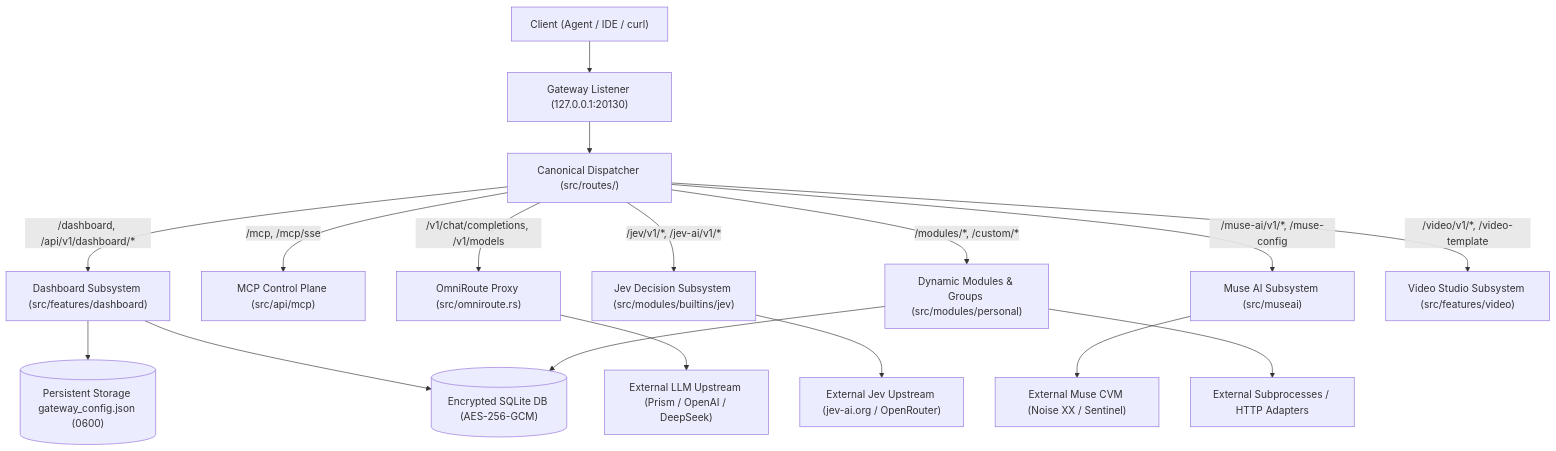
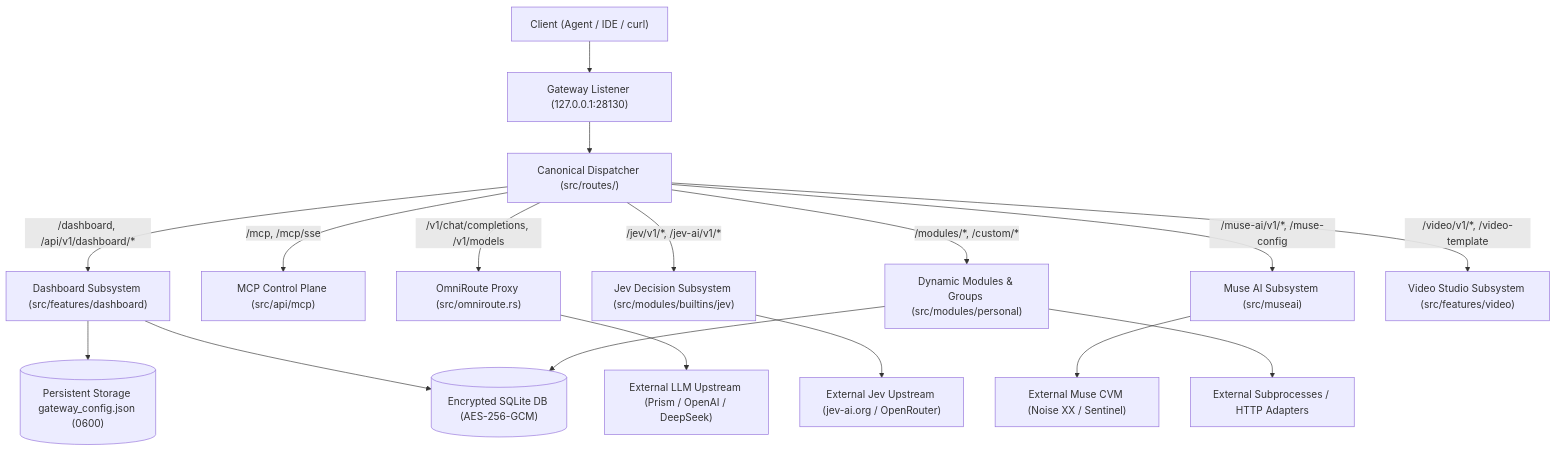
One commit to giauphan/toolcase-gateway changed the first of 3 diagrams in docs/SYSTEM_DESIGN.md. Above: the diagram before and after it, drawn with Mermaid. The commit also changed 20 other files, not shown here.

````diff
--- a/docs/SYSTEM_DESIGN.md
+++ b/docs/SYSTEM_DESIGN.md
@@ -14,20 +14,20 @@
 ```mermaid
 flowchart TD
-    Client["Client (Agent / IDE / curl)"] --> Listener["Gateway Listener (127.0.0.1:20130)"]
+    Client["Client (Agent / IDE / curl)"] --> Listener["Gateway Listener (127.0.0.1:28130)"]
     Listener --> Dispatcher["Canonical Dispatcher (src/routes/)"]
 
     Dispatcher -->|"/dashboard, /api/v1/dashboard/*"| Dashboard["Dashboard Subsystem (src/features/dashboard)"]
     Dispatcher -->|"/mcp, /mcp/sse"| MCPSubsystem["MCP Control Plane (src/api/mcp)"]
     Dispatcher -->|"/v1/chat/completions, /v1/models"| OmniRoute["OmniRoute Proxy (src/omniroute.rs)"]
     Dispatcher -->|"/jev/v1/*, /jev-ai/v1/*"| JevSubsystem["Jev Decision Subsystem (src/modules/builtins/jev)"]
     Dispatcher -->|"/muse-ai/v1/*, /muse-config"| MuseSubsystem["Muse AI Subsystem (src/museai)"]
     Dispatcher -->|"/modules/*, /custom/*"| ModuleSubsystem["Dynamic Modules & Groups (src/modules/personal)"]
     Dispatcher -->|"/video/v1/*, /video-template"| VideoStudio["Video Studio Subsystem (src/features/video)"]
 
     Dashboard --> Storage[("Persistent Storage gateway_config.json (0600)")]
     Dashboard & ModuleSubsystem --> SQLite[("Encrypted SQLite DB (AES-256-GCM)")]
     OmniRoute --> UpstreamLLM["External LLM Upstream (Prism / OpenAI / DeepSeek)"]
     JevSubsystem --> UpstreamJev["External Jev Upstream (jev-ai.org / OpenRouter)"]
     MuseSubsystem --> UpstreamMuse["External Muse CVM (Noise XX / Sentinel)"]
     ModuleSubsystem --> Subprocesses["External Subprocesses / HTTP Adapters"]
 ```
````
